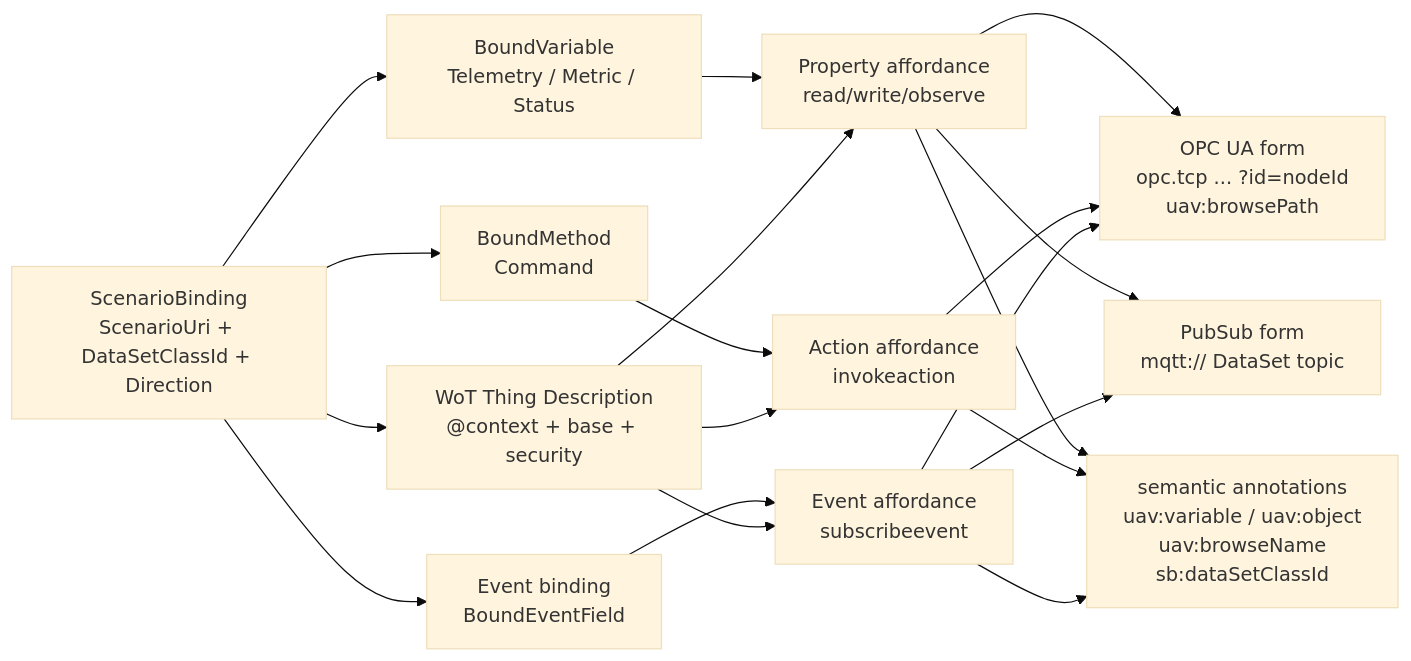
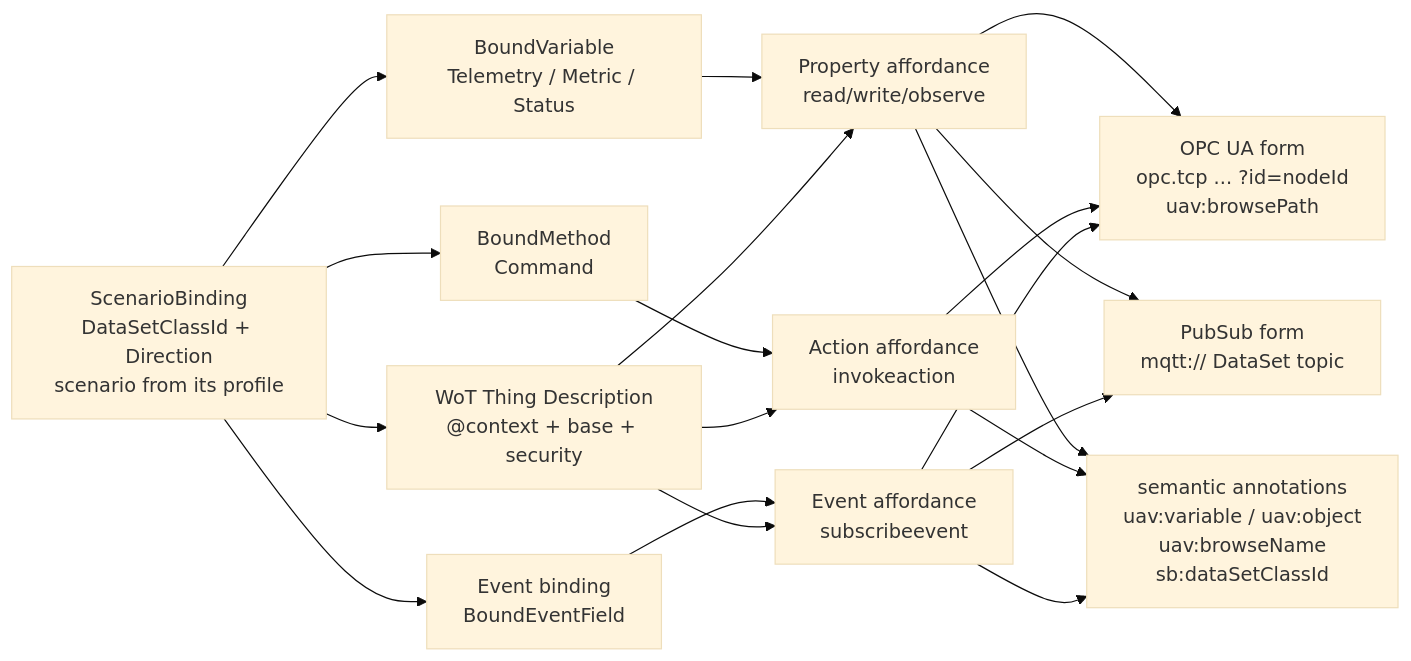
One commit to marcschier/opcua-drafts changed the seventh of 7 diagrams in core-specs/scenario-binding/OPC-UA-Scenario-Bindings.md. Above: the diagram before and after it, drawn with Mermaid (base theme). The commit also changed other lines of this file and 22 other files, not shown here.

````diff
--- a/core-specs/scenario-binding/OPC-UA-Scenario-Bindings.md
+++ b/core-specs/scenario-binding/OPC-UA-Scenario-Bindings.md
@@ -650,33 +674,33 @@
 ```mermaid
 flowchart LR
-  SB[ScenarioBinding<br/>ScenarioUri + DataSetClassId + Direction]
+  SB["ScenarioBinding<br/>DataSetClassId + Direction<br/>scenario from its profile"]
   BV[BoundVariable<br/>Telemetry / Metric / Status]
   BM[BoundMethod<br/>Command]
   BE[Event binding<br/>BoundEventField]
   TD[WoT Thing Description<br/>@context + base + security]
   P[Property affordance<br/>read/write/observe]
   A[Action affordance<br/>invokeaction]
   E[Event affordance<br/>subscribeevent]
   F1[OPC UA form<br/>opc.tcp ... ?id=nodeId<br/>uav:browsePath]
   F2[PubSub form<br/>mqtt:// DataSet topic]
   U[semantic annotations<br/>uav:variable / uav:object<br/>uav:browseName<br/>sb:dataSetClassId]
 
   SB --> BV
   SB --> BM
   SB --> BE
   SB --> TD
   BV --> P
   BM --> A
   BE --> E
   TD --> P
   TD --> A
   TD --> E
   P --> F1
   P --> F2
   A --> F1
   E --> F1
   E --> F2
   P --> U
   A --> U
   E --> U
 ```
````
